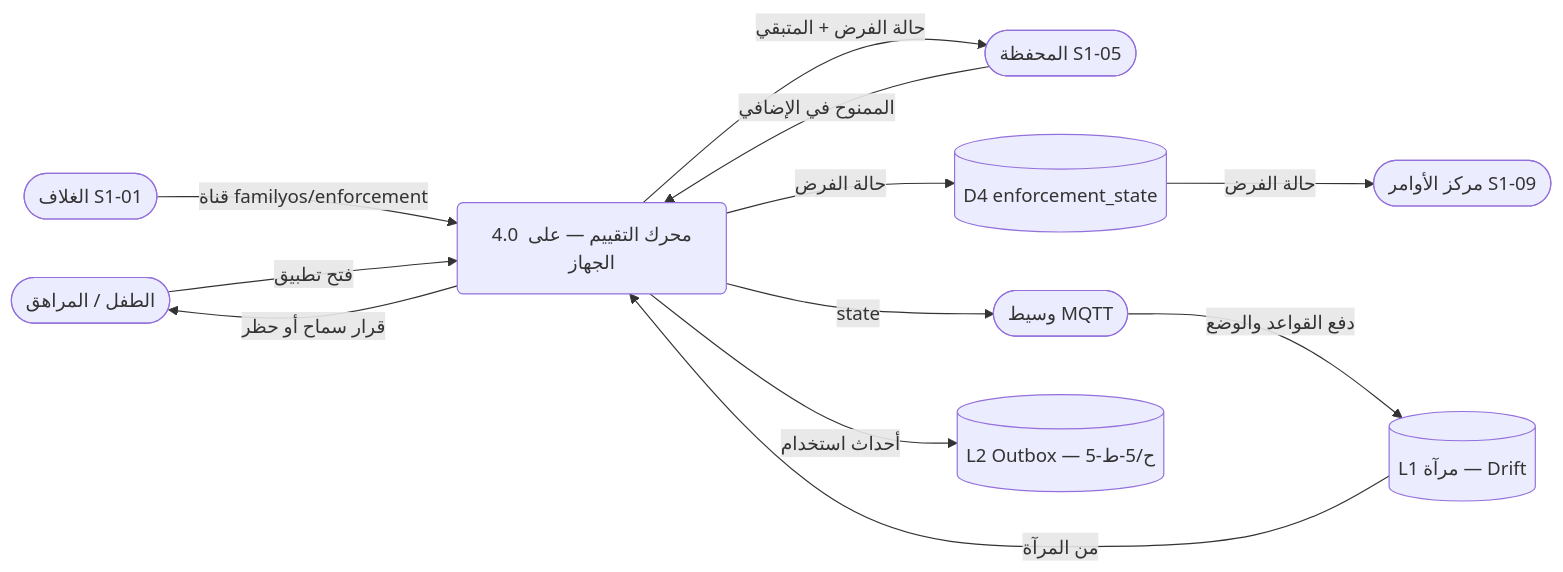
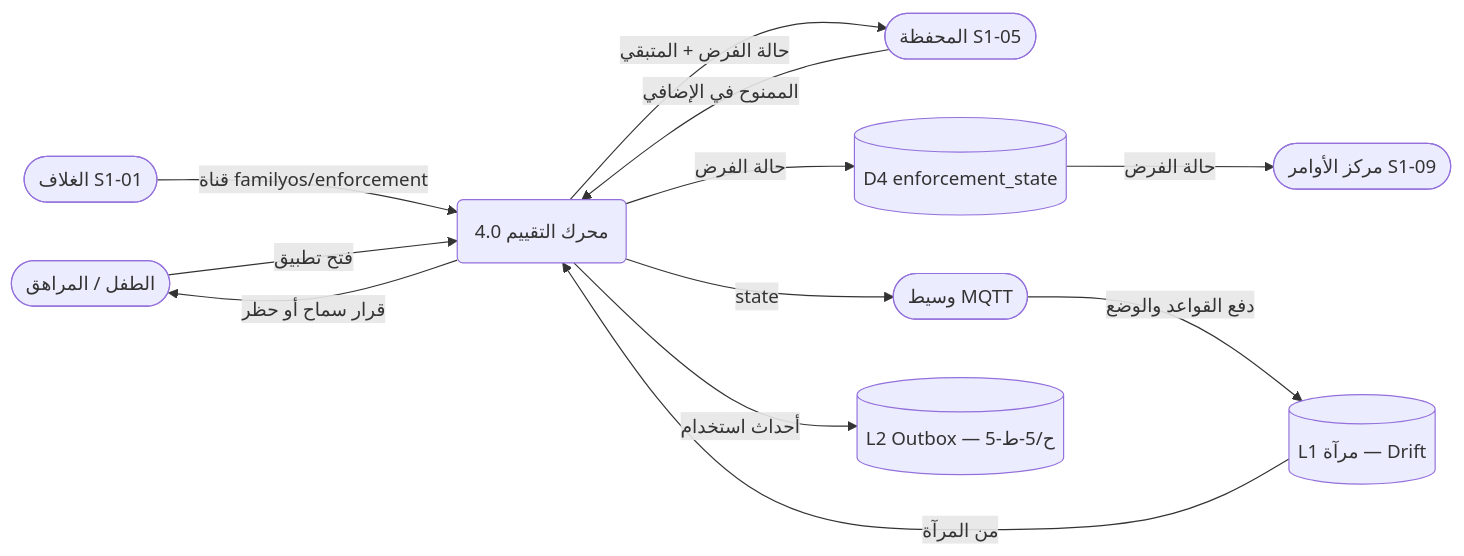
Diagram 36 of 45 in docs/family-os/governance/phases/phase-1/S1-10-protection-and-enforcement/DIAGRAMS.md (Bassam-mohammed-alqaeadi/family-os-v2), drawn with Mermaid before and after one commit. The commit also changed other lines of this file, not shown here.

````diff
--- a/docs/family-os/governance/phases/phase-1/S1-10-protection-and-enforcement/DIAGRAMS.md
+++ b/docs/family-os/governance/phases/phase-1/S1-10-protection-and-enforcement/DIAGRAMS.md
@@ -1337,24 +1346,24 @@
 ```mermaid
 flowchart LR
     Child([الطفل / المراهق])
     S101([الغلاف S1-01])
     S105([المحفظة S1-05])
     S109([مركز الأوامر S1-09])
     MQTT([وسيط MQTT])
-    P4(4.0 محرك التقييم — على الجهاز)
+    P4(4.0 محرك التقييم)
     D4[(D4 enforcement_state)]
     L1[(L1 مرآة — Drift)]
     L2x[(L2 Outbox — 5-ح/5-ط)]
 
     MQTT -->|دفع القواعد والوضع| L1
     L1 -->|من المرآة| P4
     S101 -->|قناة familyos/enforcement| P4
     S105 -->|الممنوح في الإضافي| P4
     Child -->|فتح تطبيق| P4
     P4 -->|قرار سماح أو حظر| Child
     P4 -->|حالة الفرض| D4
     P4 -->|حالة الفرض + المتبقي| S105
     D4 -->|حالة الفرض| S109
     P4 -->|أحداث استخدام| L2x
     P4 -->|state| MQTT
 ```
````
